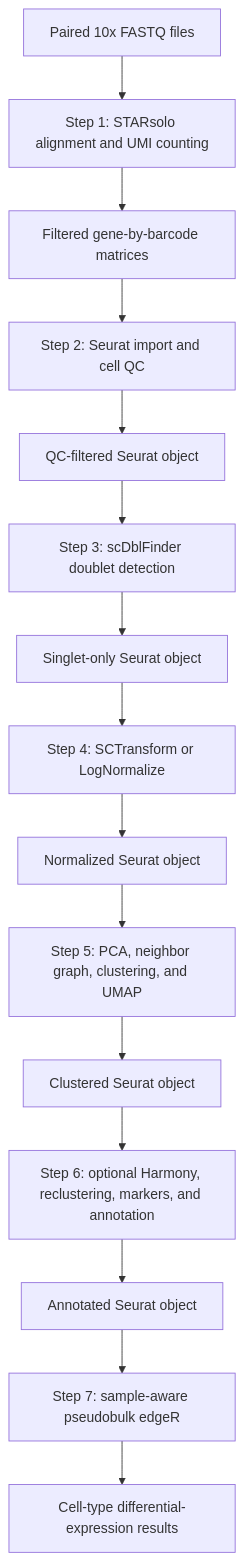
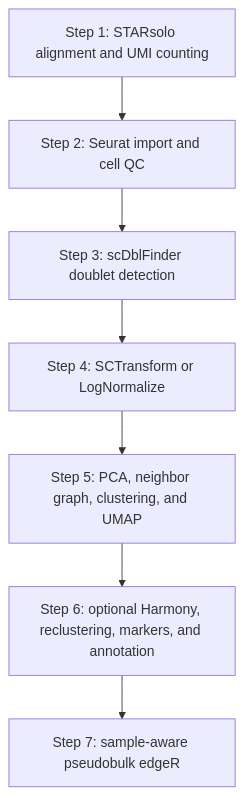
Before and after one commit to fdachet/Genomics: the diagram in Script_R/Chromium_SingleCell/README.md, drawn with Mermaid.

Commit message:
Synchronize: 1 overwrite

````diff
--- a/Script_R/Chromium_SingleCell/README.md
+++ b/Script_R/Chromium_SingleCell/README.md
@@ -7,17 +7,10 @@
 ```mermaid
 flowchart TD
-    A[Paired 10x FASTQ files] --> B[Step 1: STARsolo alignment and UMI counting]
-    B --> C[Filtered gene-by-barcode matrices]
-    C --> D[Step 2: Seurat import and cell QC]
-    D --> E[QC-filtered Seurat object]
-    E --> F[Step 3: scDblFinder doublet detection]
-    F --> G[Singlet-only Seurat object]
-    G --> H[Step 4: SCTransform or LogNormalize]
-    H --> I[Normalized Seurat object]
-    I --> J[Step 5: PCA, neighbor graph, clustering, and UMAP]
-    J --> K[Clustered Seurat object]
-    K --> L[Step 6: optional Harmony, reclustering, markers, and annotation]
-    L --> M[Annotated Seurat object]
-    M --> N[Step 7: sample-aware pseudobulk edgeR]
-    N --> O[Cell-type differential-expression results]
+    A[Step 1: STARsolo alignment and UMI counting]
+    A --> B[Step 2: Seurat import and cell QC]
+    B --> C[Step 3: scDblFinder doublet detection]
+    C --> D[Step 4: SCTransform or LogNormalize]
+    D --> E[Step 5: PCA, neighbor graph, clustering, and UMAP]
+    E --> F[Step 6: optional Harmony, reclustering, markers, and annotation]
+    F --> G[Step 7: sample-aware pseudobulk edgeR]
 ```
````
